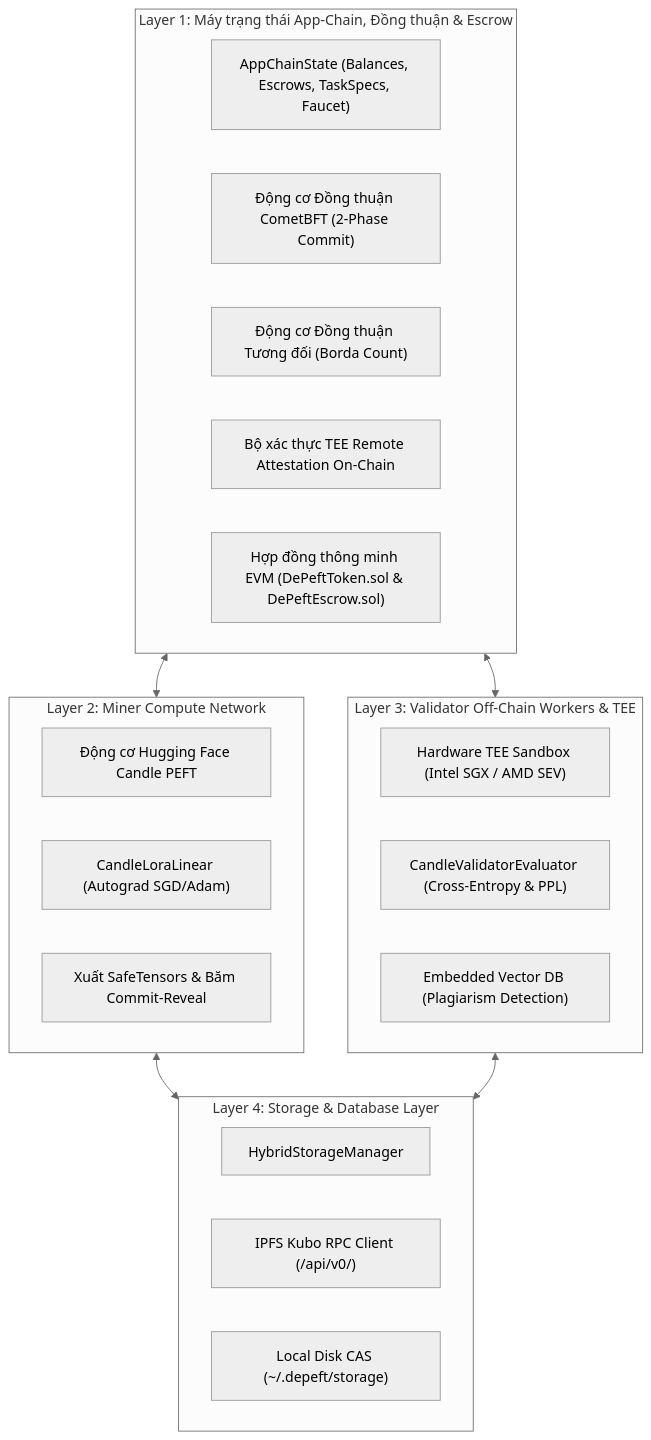
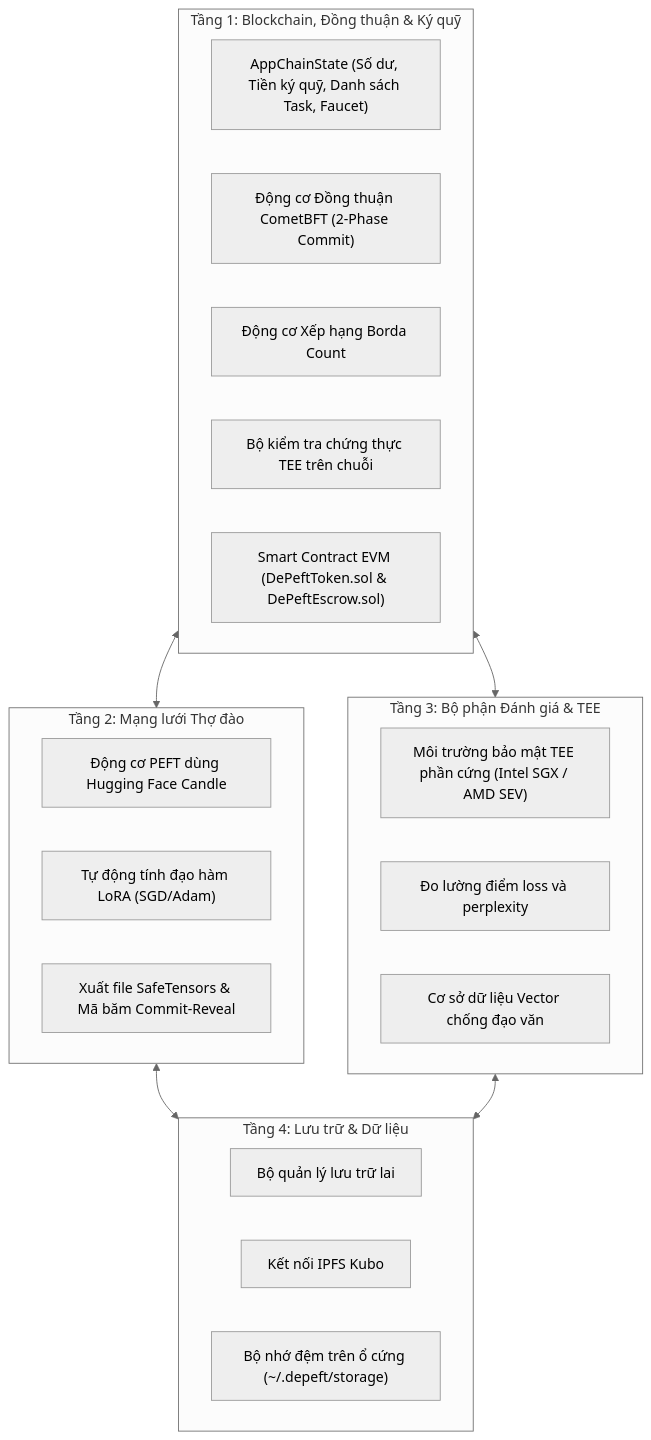
Before and after one commit to KhoaIsReal/DePEFT: the diagram in ARCHITECTURE_VI.md, drawn with Mermaid (neutral theme). The commit also changed other lines of this file and 3 other files, not shown here.

````diff
--- a/ARCHITECTURE_VI.md
+++ b/ARCHITECTURE_VI.md
@@ -9,33 +9,33 @@
 ```mermaid
 graph TD
-    subgraph Layer1["Layer 1: Máy trạng thái App-Chain, Đồng thuận & Escrow"]
-        ChainState["AppChainState (Balances, Escrows, TaskSpecs, Faucet)"]
+    subgraph Layer1["Tầng 1: Blockchain, Đồng thuận & Ký quỹ"]
+        ChainState["AppChainState (Số dư, Tiền ký quỹ, Danh sách Task, Faucet)"]
         BftEngine["Động cơ Đồng thuận CometBFT (2-Phase Commit)"]
-        BordaEngine["Động cơ Đồng thuận Tương đối (Borda Count)"]
-        TeeVerifier["Bộ xác thực TEE Remote Attestation On-Chain"]
-        SmartContracts["Hợp đồng thông minh EVM (DePeftToken.sol & DePeftEscrow.sol)"]
+        BordaEngine["Động cơ Xếp hạng Borda Count"]
+        TeeVerifier["Bộ kiểm tra chứng thực TEE trên chuỗi"]
+        SmartContracts["Smart Contract EVM (DePeftToken.sol & DePeftEscrow.sol)"]
     end
 
-    subgraph Layer2["Layer 2: Miner Compute Network"]
-        CandleEngine["Động cơ Hugging Face Candle PEFT"]
-        LoraAutograd["CandleLoraLinear (Autograd SGD/Adam)"]
-        SafeTensorsExport["Xuất SafeTensors & Băm Commit-Reveal"]
+    subgraph Layer2["Tầng 2: Mạng lưới Thợ đào"]
+        CandleEngine["Động cơ PEFT dùng Hugging Face Candle"]
+        LoraAutograd["Tự động tính đạo hàm LoRA (SGD/Adam)"]
+        SafeTensorsExport["Xuất file SafeTensors & Mã băm Commit-Reveal"]
     end
 
-    subgraph Layer3["Layer 3: Validator Off-Chain Workers & TEE"]
-        TeeEnclave["Hardware TEE Sandbox (Intel SGX / AMD SEV)"]
-        Evaluator["CandleValidatorEvaluator (Cross-Entropy & PPL)"]
-        VectorDB["Embedded Vector DB (Plagiarism Detection)"]
+    subgraph Layer3["Tầng 3: Bộ phận Đánh giá & TEE"]
+        TeeEnclave["Môi trường bảo mật TEE phần cứng (Intel SGX / AMD SEV)"]
+        Evaluator["Đo lường điểm loss và perplexity"]
+        VectorDB["Cơ sở dữ liệu Vector chống đạo văn"]
     end
 
-    subgraph Layer4["Layer 4: Storage & Database Layer"]
-        HybridStorage["HybridStorageManager"]
-        IpfsKubo["IPFS Kubo RPC Client (/api/v0/)"]
-        DiskCas["Local Disk CAS (~/.depeft/storage)"]
+    subgraph Layer4["Tầng 4: Lưu trữ & Dữ liệu"]
+        HybridStorage["Bộ quản lý lưu trữ lai"]
+        IpfsKubo["Kết nối IPFS Kubo"]
+        DiskCas["Bộ nhớ đệm trên ổ cứng (~/.depeft/storage)"]
     end
 
     Layer1 <--> Layer2
     Layer1 <--> Layer3
     Layer2 <--> Layer4
     Layer3 <--> Layer4
 ```
````
